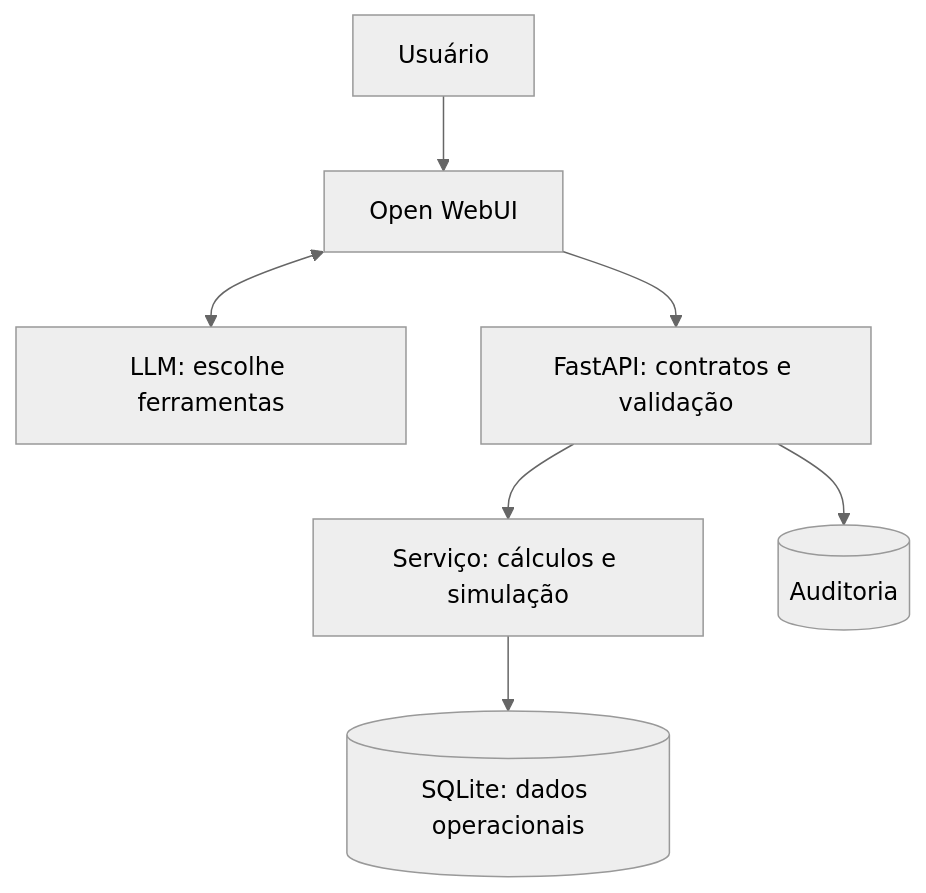
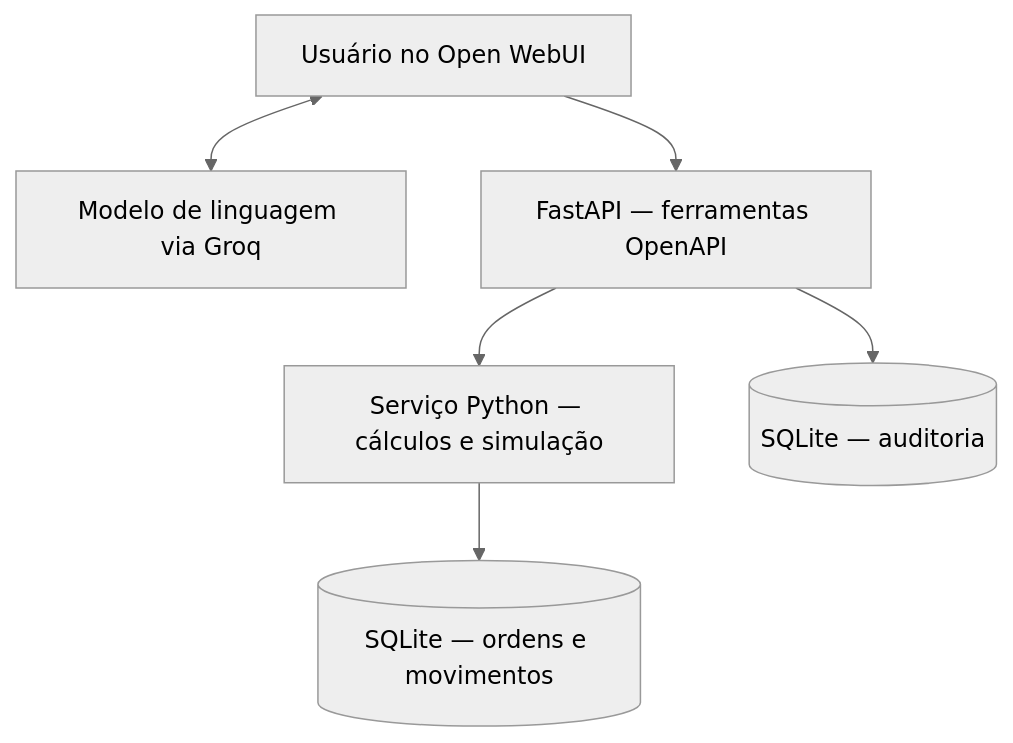
Before and after one commit to Alef-Hde-SouzaN/agente-balanco-massa: the diagram in README.md, drawn with Mermaid (neutral theme). The commit also changed other lines of this file, not shown here.

````diff
--- a/README.md
+++ b/README.md
@@ -34,9 +48,8 @@
 ```mermaid
 flowchart TD
- U["Usuário"] --> W["Open WebUI"]
- W <--> L["LLM: escolhe ferramentas"]
- W --> A["FastAPI: contratos e validação"]
- A --> S["Serviço: cálculos e simulação"]
- S --> D[("SQLite: dados operacionais")]
- A --> T[("Auditoria")]
+    W["Usuário no Open WebUI"] <--> L["Modelo de linguagem via Groq"]
+    W --> A["FastAPI — ferramentas OpenAPI"]
+    A --> S["Serviço Python — cálculos e simulação"]
+    S --> D[("SQLite — ordens e movimentos")]
+    A --> R[("SQLite — auditoria")]
 ```
````
